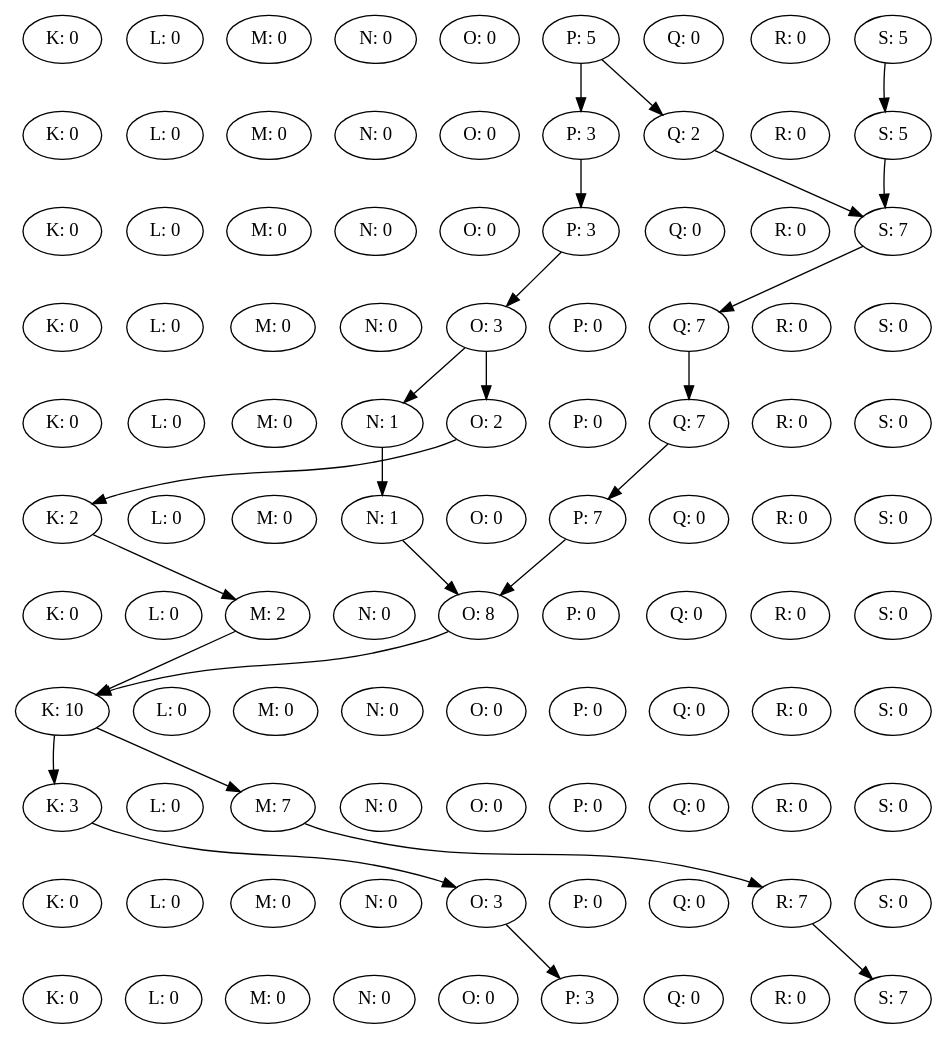
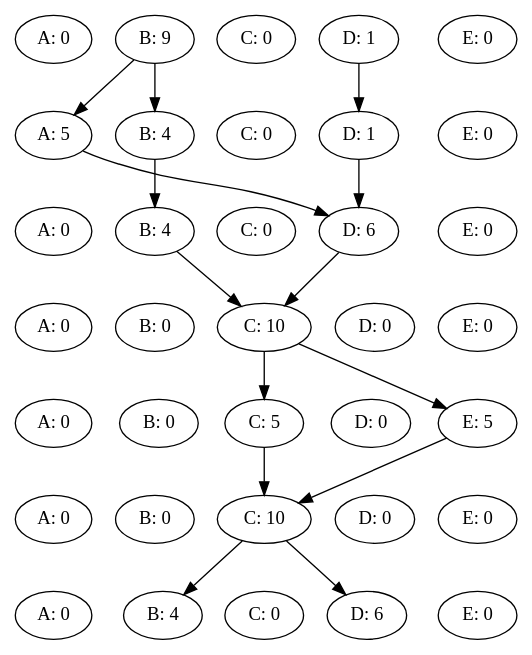
One commit to TieneSabor/slugs_swarmPlanner changed the diagram in ReAssigned.dot. Above: the diagram before and after it, drawn with Graphviz. The commit also changed 22 other files, not shown here.

```diff
--- a/ReAssigned.dot
+++ b/ReAssigned.dot
@@ -1,128 +1,53 @@
 digraph {
-K0 [label="K: 0"];
-L0 [label="L: 0"];
-M0 [label="M: 0"];
-N0 [label="N: 0"];
-O0 [label="O: 0"];
-P0 [label="P: 5"];
-Q0 [label="Q: 0"];
-R0 [label="R: 0"];
-S0 [label="S: 5"];
-rank = same {K0 -> L0 -> M0 -> N0 -> O0 -> P0 -> Q0 -> R0 -> S0 [style=invis] }K1 [label="K: 0"];
-L1 [label="L: 0"];
-M1 [label="M: 0"];
-N1 [label="N: 0"];
-O1 [label="O: 0"];
-P1 [label="P: 3"];
-Q1 [label="Q: 2"];
-R1 [label="R: 0"];
-S1 [label="S: 5"];
-rank = same {K1 -> L1 -> M1 -> N1 -> O1 -> P1 -> Q1 -> R1 -> S1 [style=invis] }P0 -> P1
-P0 -> Q1
-S0 -> S1
-K2 [label="K: 0"];
-L2 [label="L: 0"];
-M2 [label="M: 0"];
-N2 [label="N: 0"];
-O2 [label="O: 0"];
-P2 [label="P: 3"];
-Q2 [label="Q: 0"];
-R2 [label="R: 0"];
-S2 [label="S: 7"];
-rank = same {K2 -> L2 -> M2 -> N2 -> O2 -> P2 -> Q2 -> R2 -> S2 [style=invis] }P1 -> P2
-Q1 -> S2
-S1 -> S2
-K3 [label="K: 0"];
-L3 [label="L: 0"];
-M3 [label="M: 0"];
-N3 [label="N: 0"];
-O3 [label="O: 3"];
-P3 [label="P: 0"];
-Q3 [label="Q: 7"];
-R3 [label="R: 0"];
-S3 [label="S: 0"];
-rank = same {K3 -> L3 -> M3 -> N3 -> O3 -> P3 -> Q3 -> R3 -> S3 [style=invis] }P2 -> O3
-S2 -> Q3
-K4 [label="K: 0"];
-L4 [label="L: 0"];
-M4 [label="M: 0"];
-N4 [label="N: 1"];
-O4 [label="O: 2"];
-P4 [label="P: 0"];
-Q4 [label="Q: 7"];
-R4 [label="R: 0"];
-S4 [label="S: 0"];
-rank = same {K4 -> L4 -> M4 -> N4 -> O4 -> P4 -> Q4 -> R4 -> S4 [style=invis] }O3 -> N4
-O3 -> O4
-Q3 -> Q4
-K5 [label="K: 2"];
-L5 [label="L: 0"];
-M5 [label="M: 0"];
-N5 [label="N: 1"];
-O5 [label="O: 0"];
-P5 [label="P: 7"];
-Q5 [label="Q: 0"];
-R5 [label="R: 0"];
-S5 [label="S: 0"];
-rank = same {K5 -> L5 -> M5 -> N5 -> O5 -> P5 -> Q5 -> R5 -> S5 [style=invis] }N4 -> N5
-O4 -> K5
-Q4 -> P5
-K6 [label="K: 0"];
-L6 [label="L: 0"];
-M6 [label="M: 2"];
-N6 [label="N: 0"];
-O6 [label="O: 8"];
-P6 [label="P: 0"];
-Q6 [label="Q: 0"];
-R6 [label="R: 0"];
-S6 [label="S: 0"];
-rank = same {K6 -> L6 -> M6 -> N6 -> O6 -> P6 -> Q6 -> R6 -> S6 [style=invis] }K5 -> M6
-N5 -> O6
-P5 -> O6
-K7 [label="K: 10"];
-L7 [label="L: 0"];
-M7 [label="M: 0"];
-N7 [label="N: 0"];
-O7 [label="O: 0"];
-P7 [label="P: 0"];
-Q7 [label="Q: 0"];
-R7 [label="R: 0"];
-S7 [label="S: 0"];
-rank = same {K7 -> L7 -> M7 -> N7 -> O7 -> P7 -> Q7 -> R7 -> S7 [style=invis] }M6 -> K7
-O6 -> K7
-K8 [label="K: 3"];
-L8 [label="L: 0"];
-M8 [label="M: 7"];
-N8 [label="N: 0"];
-O8 [label="O: 0"];
-P8 [label="P: 0"];
-Q8 [label="Q: 0"];
-R8 [label="R: 0"];
-S8 [label="S: 0"];
-rank = same {K8 -> L8 -> M8 -> N8 -> O8 -> P8 -> Q8 -> R8 -> S8 [style=invis] }K7 -> K8
-K7 -> M8
-K9 [label="K: 0"];
-L9 [label="L: 0"];
-M9 [label="M: 0"];
-N9 [label="N: 0"];
-O9 [label="O: 3"];
-P9 [label="P: 0"];
-Q9 [label="Q: 0"];
-R9 [label="R: 7"];
-S9 [label="S: 0"];
-rank = same {K9 -> L9 -> M9 -> N9 -> O9 -> P9 -> Q9 -> R9 -> S9 [style=invis] }K8 -> O9
-M8 -> R9
-K10 [label="K: 0"];
-L10 [label="L: 0"];
-M10 [label="M: 0"];
-N10 [label="N: 0"];
-O10 [label="O: 0"];
-P10 [label="P: 3"];
-Q10 [label="Q: 0"];
-R10 [label="R: 0"];
-S10 [label="S: 7"];
-rank = same {K10 -> L10 -> M10 -> N10 -> O10 -> P10 -> Q10 -> R10 -> S10 [style=invis] }O9 -> P10
-R9 -> S10
-K0 -> K1 -> K2 -> K3 -> K4 -> K5 -> K6 -> K7 -> K8 -> K9 -> K10 [ style=invis; weight=1000 ]
-S0 -> S1 -> S2 -> S3 -> S4 -> S5 -> S6 -> S7 -> S8 -> S9 -> S10 [ style=invis; weight=1000 ]
+A0 [label="A: 0"];
+B0 [label="B: 9"];
+C0 [label="C: 0"];
+D0 [label="D: 1"];
+E0 [label="E: 0"];
+rank = same {A0 -> B0 -> C0 -> D0 -> E0 [style=invis] }A1 [label="A: 5"];
+B1 [label="B: 4"];
+C1 [label="C: 0"];
+D1 [label="D: 1"];
+E1 [label="E: 0"];
+rank = same {A1 -> B1 -> C1 -> D1 -> E1 [style=invis] }B0 -> A1
+B0 -> B1
+D0 -> D1
+A2 [label="A: 0"];
+B2 [label="B: 4"];
+C2 [label="C: 0"];
+D2 [label="D: 6"];
+E2 [label="E: 0"];
+rank = same {A2 -> B2 -> C2 -> D2 -> E2 [style=invis] }A1 -> D2
+B1 -> B2
+D1 -> D2
+A3 [label="A: 0"];
+B3 [label="B: 0"];
+C3 [label="C: 10"];
+D3 [label="D: 0"];
+E3 [label="E: 0"];
+rank = same {A3 -> B3 -> C3 -> D3 -> E3 [style=invis] }B2 -> C3
+D2 -> C3
+A4 [label="A: 0"];
+B4 [label="B: 0"];
+C4 [label="C: 5"];
+D4 [label="D: 0"];
+E4 [label="E: 5"];
+rank = same {A4 -> B4 -> C4 -> D4 -> E4 [style=invis] }C3 -> C4
+C3 -> E4
+A5 [label="A: 0"];
+B5 [label="B: 0"];
+C5 [label="C: 10"];
+D5 [label="D: 0"];
+E5 [label="E: 0"];
+rank = same {A5 -> B5 -> C5 -> D5 -> E5 [style=invis] }C4 -> C5
+E4 -> C5
+A6 [label="A: 0"];
+B6 [label="B: 4"];
+C6 [label="C: 0"];
+D6 [label="D: 6"];
+E6 [label="E: 0"];
+rank = same {A6 -> B6 -> C6 -> D6 -> E6 [style=invis] }C5 -> B6
+C5 -> D6
+A0 -> A1 -> A2 -> A3 -> A4 -> A5 -> A6 [ style=invis; weight=1000 ]
+E0 -> E1 -> E2 -> E3 -> E4 -> E5 -> E6 [ style=invis; weight=1000 ]
 }
```
